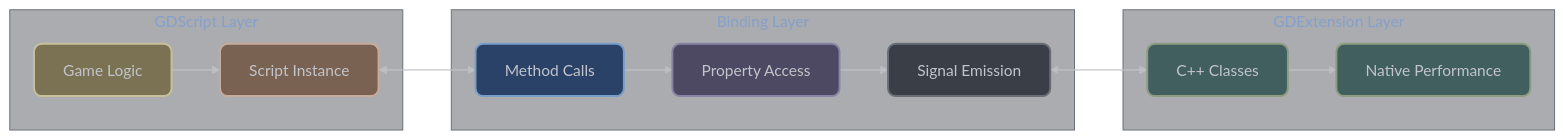
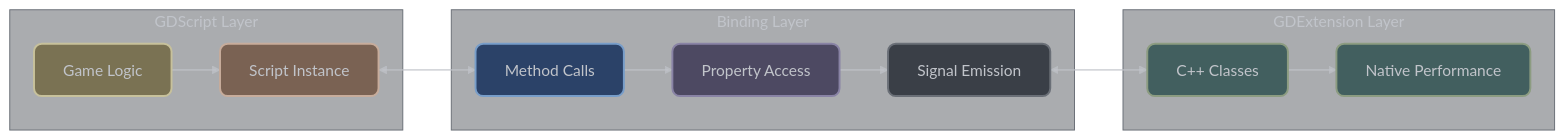
The diagram in docs/engine_integration/gdscript-interaction.md (vorlac/gdextension-docs), drawn with Mermaid before and after one commit. The commit also changed other lines of this file and 23 other files, not shown here.

````diff
--- a/docs/engine_integration/gdscript-interaction.md
+++ b/docs/engine_integration/gdscript-interaction.md
@@ -26,46 +13,45 @@
 ```mermaid
 ---
 config:
     theme: 'base'
     curve: 'straight'
     themeVariables:
         darkMode: true
         clusterBkg: '#22272f62'
         clusterBorder: '#6a6f77ff'
         clusterTextColor: '#6a6f77ff'
-        lineColor: '#C1C4CAAA'
-        background: '#262B33'
-        primaryColor: '#2b4268ff'
-        primaryTextColor: '#C1C4CAff'
+        lineColor: '#ffffff'
+        primaryTextColor: '#ffffff'
         primaryBorderColor: '#6a6f77ff'
-        nodeTextColor: '#C1C4CA'
-        defaultLinkColor: '#C1C4CA'
-        edgeLabelBackground: '#262B33'
+        nodeTextColor: '#ffffff'
+        defaultLinkColor: '#ffffff'
+        edgeLabelBackground: '#121212'
+        tertiaryTextColor: '#C1C4CA'
 ---
 flowchart LR
     subgraph GDSCRIPT["GDScript Layer"]
         A[Game Logic] --> B[Script Instance]
     end
 
     subgraph BINDING["Binding Layer"]
         C[Method Calls] --> D[Property Access]
         D --> E[Signal Emission]
     end
 
     subgraph GDEXT["GDExtension Layer"]
         F[C++ Classes] --> G[Native Performance]
     end
 
     B <--> C
     E <--> F
 
     linkStyle default stroke:#C1C4CAaa,stroke-width:2px,color:#C1C4CAaa
 
     style A fill:#7a7253ff,stroke:#c7c19bff,stroke-width:2px,color:#C1C4CA,rx:8,ry:8
     style B fill:#7a6253ff,stroke:#c7ac9bff,stroke-width:2px,color:#C1C4CA,rx:8,ry:8
     style C fill:#2b4268ff,stroke:#779DC9ff,stroke-width:2px,color:#C1C4CA,rx:8,ry:8
     style D fill:#4d4962ff,stroke:#8983a5ff,stroke-width:2px,color:#C1C4CA,rx:8,ry:8
     style E fill:#3a3f47ff,stroke:#6a6f77ff,stroke-width:2px,color:#C1C4CA,rx:8,ry:8
     style F fill:#425f5fff,stroke:#8c9c81ff,stroke-width:2px,color:#C1C4CA,rx:8,ry:8
     style G fill:#425f5fff,stroke:#8c9c81ff,stroke-width:2px,color:#C1C4CA,rx:8,ry:8
 ```
````
